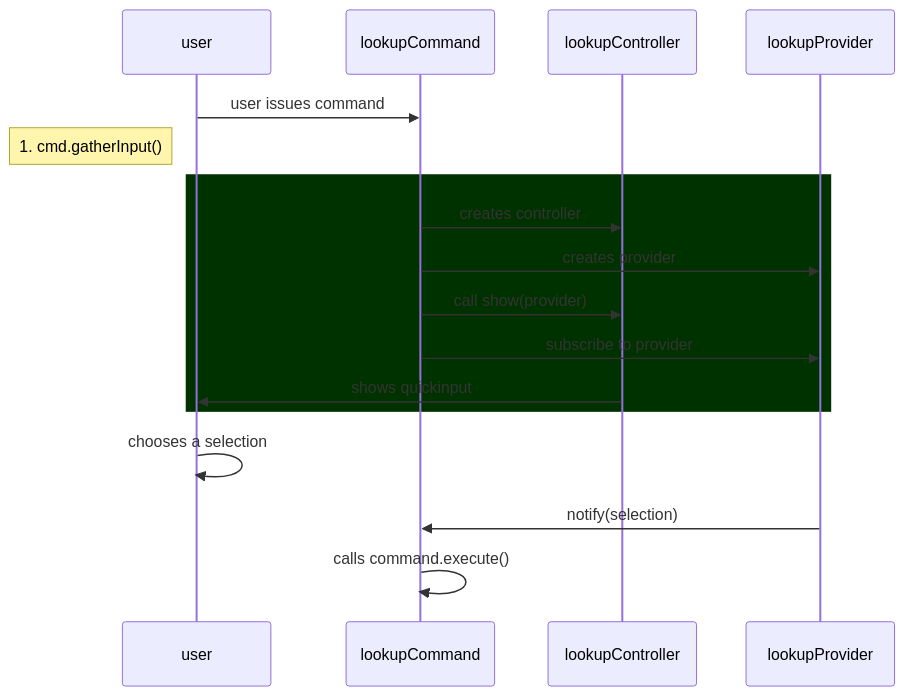
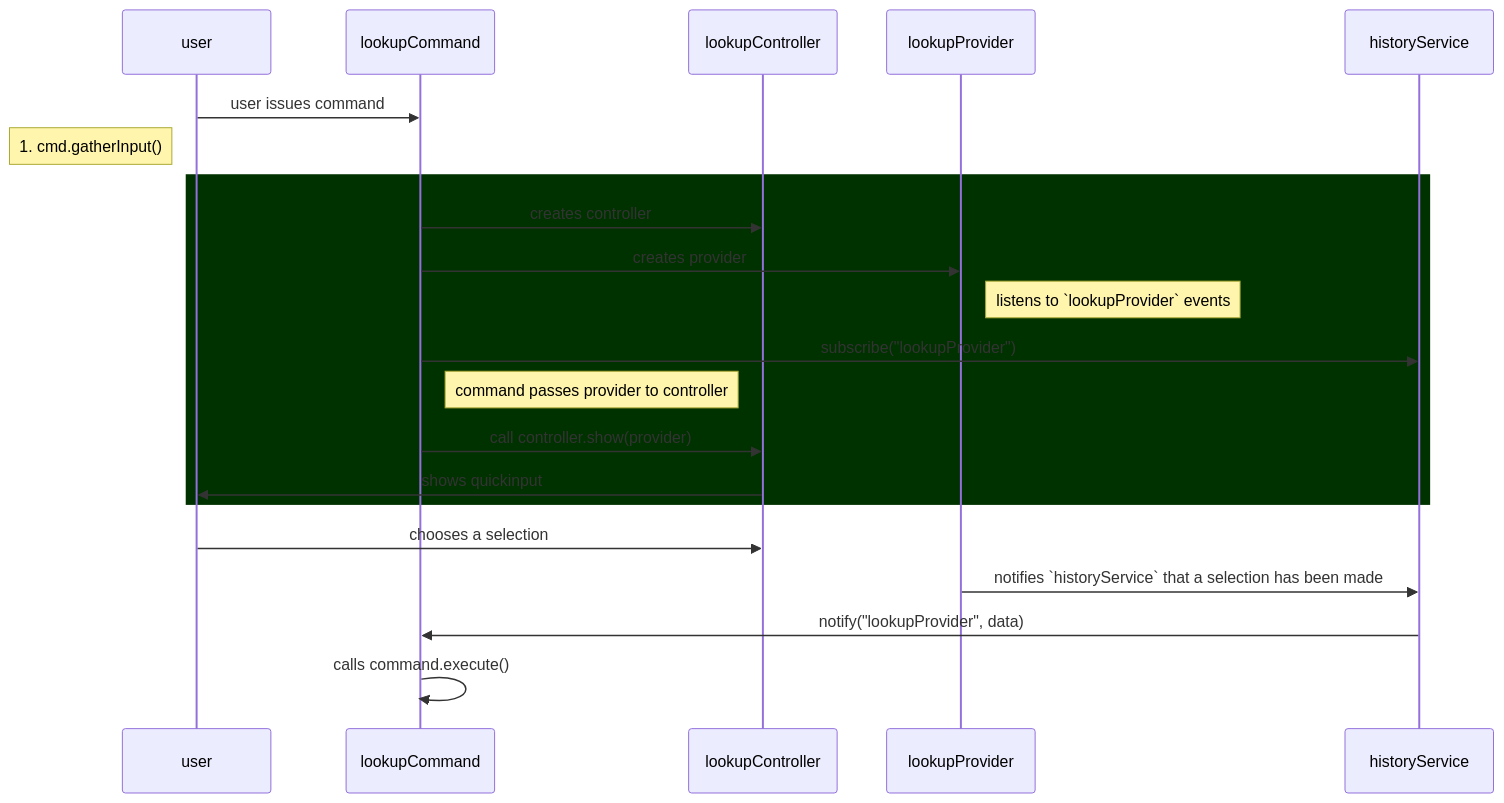
Before and after one commit to dendronhq/dendron-docs: the diagram in vault/pkg.plugin-core.t.lookup.arch.md, drawn with Mermaid. The commit also changed other lines of this file and 3 other files, not shown here.

````diff
--- a/vault/pkg.plugin-core.t.lookup.arch.md
+++ b/vault/pkg.plugin-core.t.lookup.arch.md
@@ -19,19 +25,26 @@
 ```mermaid
 sequenceDiagram
     participant user
     participant lookupCommand
     participant lookupController
     participant lookupProvider
+    participant historyService
     user ->> lookupCommand: user issues command
     Note left of user: 1. cmd.gatherInput()
     rect rgb(0, 50, 0)
       lookupCommand ->> lookupController: creates controller
       lookupCommand ->> lookupProvider: creates provider
-      lookupCommand ->> lookupController: call show(provider)
-      lookupCommand ->> lookupProvider: subscribe to provider
+
+      note right of lookupProvider: listens to `lookupProvider` events
+      lookupCommand ->> historyService: subscribe("lookupProvider")
+
+      note right of lookupCommand: command passes provider to controller
+      lookupCommand ->> lookupController: call controller.show(provider)
       lookupController ->> user: shows quickinput
     end
-    user ->> user: chooses a selection
-    lookupProvider ->> lookupCommand: notify(selection)
+    user ->> lookupController: chooses a selection
+
+    lookupProvider ->> historyService: notifies `historyService` that a selection has been made 
+    historyService ->> lookupCommand: notify("lookupProvider", data)
     lookupCommand ->> lookupCommand: calls command.execute()
 ```
````
